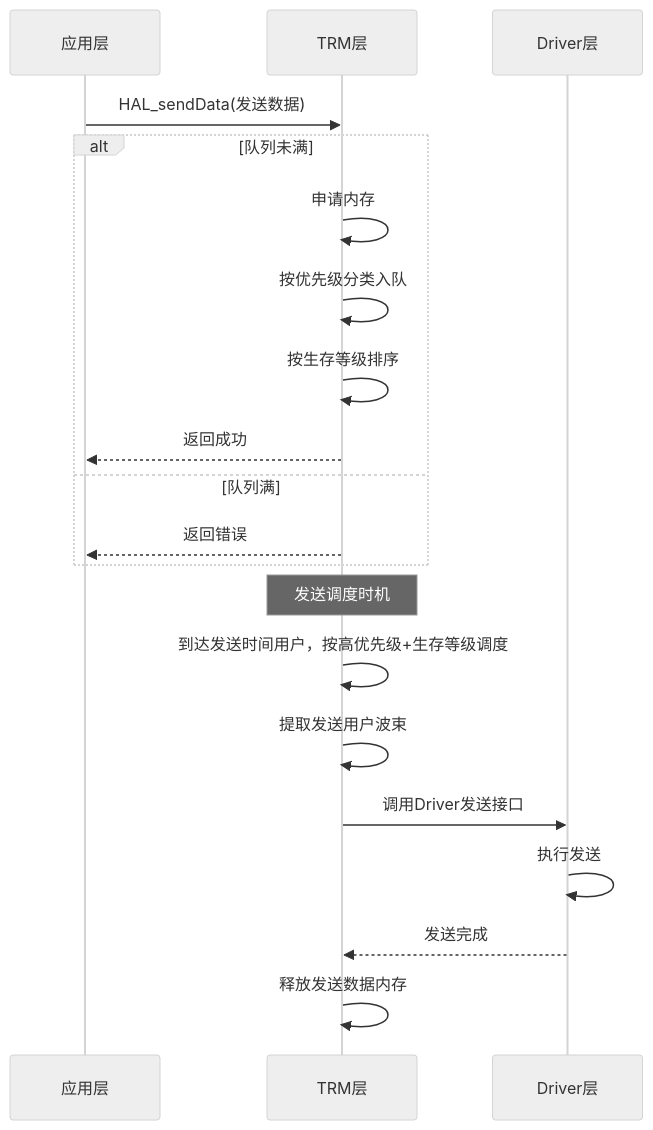
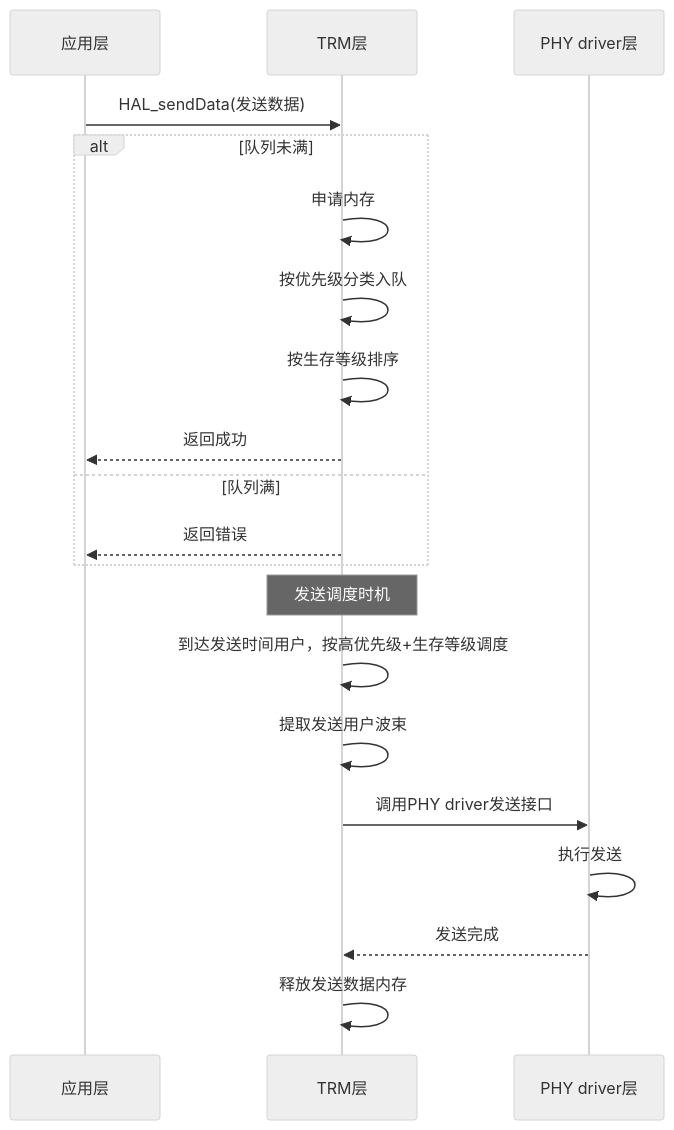
Before and after one commit to jhh525097562/tk8710_hal_v1.3: the ninth of 13 diagrams in docs/8710_HAL编程指南-v0.02.md, drawn with Mermaid (neutral theme). The commit also changed other lines of this file and 8 other files, not shown here.

````diff
--- a/docs/8710_HAL编程指南-v0.02.md
+++ b/docs/8710_HAL编程指南-v0.02.md
@@ -428,24 +1457,24 @@
 ```mermaid
 sequenceDiagram
     participant APP as 应用层
     participant TRM as TRM层
-    participant DRV as Driver层
-    
+    participant DRV as PHY driver层
+  
     APP->>TRM: HAL_sendData(发送数据)
     alt 队列未满
         TRM->>TRM: 申请内存
         TRM->>TRM: 按优先级分类入队
         TRM->>TRM: 按生存等级排序
         TRM-->>APP: 返回成功
     else 队列满
         TRM-->>APP: 返回错误
     end
-    
+  
     Note over TRM: 发送调度时机
     TRM->>TRM: 到达发送时间用户，按高优先级+生存等级调度
     TRM->>TRM: 提取发送用户波束
-    TRM->>DRV: 调用Driver发送接口
+    TRM->>DRV: 调用PHY driver发送接口
     DRV->>DRV: 执行发送
     DRV-->>TRM: 发送完成
     TRM->>TRM: 释放发送数据内存
 ```
````
